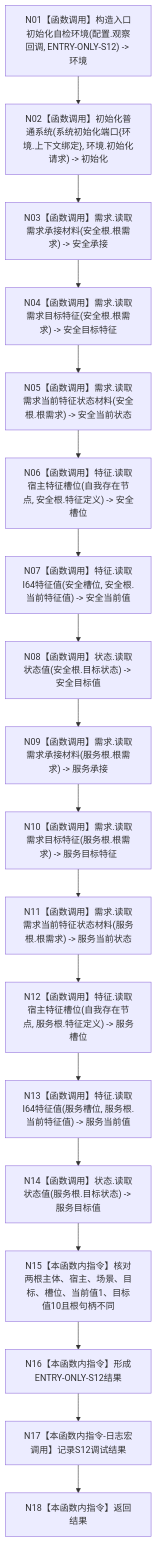
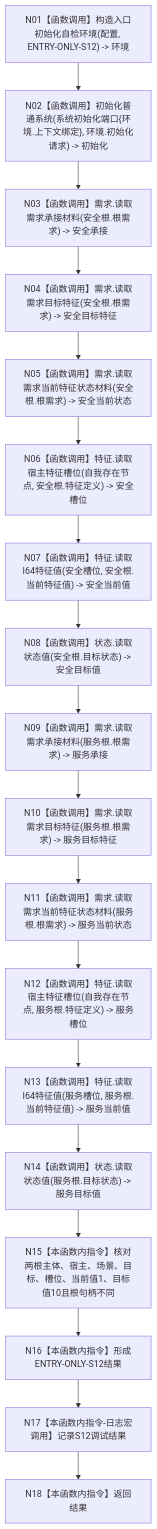
Before and after one commit to chunhaizh-cyber/HY-Ego: the diagram in 流程图/20260726_ENTRY-ONLY_S12_安全与服务根需求完整读回_施工流程图_v0.1.md, drawn with Mermaid. The commit also changed other lines of this file and 51 other files, not shown here.

Commit message:
修订 ENTRY-ONLY 登记设计合同

````diff
--- a/流程图/20260726_ENTRY-ONLY_S12_安全与服务根需求完整读回_施工流程图_v0.1.md
+++ b/流程图/20260726_ENTRY-ONLY_S12_安全与服务根需求完整读回_施工流程图_v0.1.md
@@ -27,20 +27,20 @@
 ```mermaid
 flowchart TD
-    N01["N01【函数调用】构造入口初始化自检环境(配置.观察回调, ENTRY-ONLY-S12) -> 环境"] --> N02["N02【函数调用】初始化普通系统(系统初始化端口{环境.上下文绑定}, 环境.初始化请求) -> 初始化"]
+    N01["N01【函数调用】构造入口初始化自检环境(配置, ENTRY-ONLY-S12) -> 环境"] --> N02["N02【函数调用】初始化普通系统(系统初始化端口{环境.上下文绑定}, 环境.初始化请求) -> 初始化"]
     N02 --> N03["N03【函数调用】需求.读取需求承接材料(安全根.根需求) -> 安全承接"]
     N03 --> N04["N04【函数调用】需求.读取需求目标特征(安全根.根需求) -> 安全目标特征"]
     N04 --> N05["N05【函数调用】需求.读取需求当前特征状态材料(安全根.根需求) -> 安全当前状态"]
     N05 --> N06["N06【函数调用】特征.读取宿主特征槽位(自我存在节点, 安全根.特征定义) -> 安全槽位"]
     N06 --> N07["N07【函数调用】特征.读取I64特征值(安全槽位, 安全根.当前特征值) -> 安全当前值"]
     N07 --> N08["N08【函数调用】状态.读取状态值(安全根.目标状态) -> 安全目标值"]
     N08 --> N09["N09【函数调用】需求.读取需求承接材料(服务根.根需求) -> 服务承接"]
     N09 --> N10["N10【函数调用】需求.读取需求目标特征(服务根.根需求) -> 服务目标特征"]
     N10 --> N11["N11【函数调用】需求.读取需求当前特征状态材料(服务根.根需求) -> 服务当前状态"]
     N11 --> N12["N12【函数调用】特征.读取宿主特征槽位(自我存在节点, 服务根.特征定义) -> 服务槽位"]
     N12 --> N13["N13【函数调用】特征.读取I64特征值(服务槽位, 服务根.当前特征值) -> 服务当前值"]
     N13 --> N14["N14【函数调用】状态.读取状态值(服务根.目标状态) -> 服务目标值"]
     N14 --> N15["N15【本函数内指令】核对两根主体、宿主、场景、目标、槽位、当前值1、目标值10且根句柄不同"]
     N15 --> N16["N16【本函数内指令】形成ENTRY-ONLY-S12结果"]
     N16 --> N17["N17【本函数内指令-日志宏调用】记录S12调试结果"]
     N17 --> N18["N18【本函数内指令】返回结果"]
 ```
````
